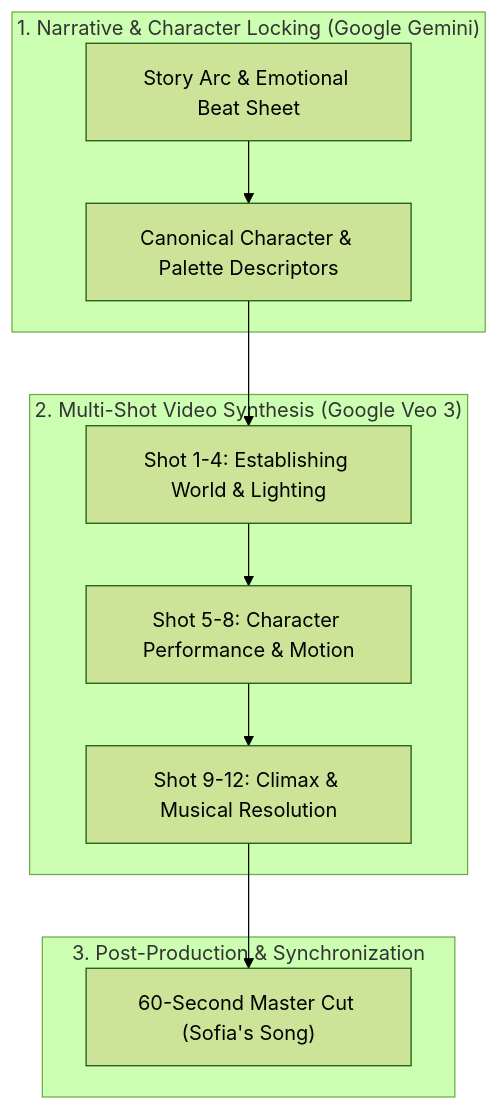
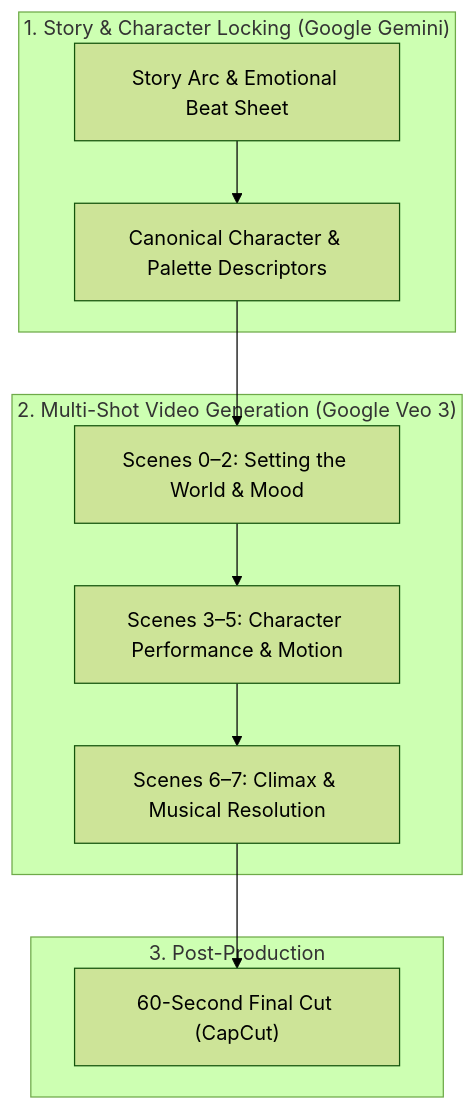
The diagram in README.md (RobinaMirbahar/A-Gemini-Veo-3-Whimsical-Short), drawn with Mermaid (forest theme) before and after one commit. The commit also changed other lines of this file, not shown here.

````diff
--- a/README.md
+++ b/README.md
@@ -28,16 +28,16 @@
 ```mermaid
 flowchart TD
-    subgraph Concept ["1. Narrative & Character Locking (Google Gemini)"]
+    subgraph Concept ["1. Story & Character Locking (Google Gemini)"]
         C_Script["Story Arc & Emotional Beat Sheet"]
         C_Char["Canonical Character & Palette Descriptors"]
     end
-    subgraph Veo ["2. Multi-Shot Video Synthesis (Google Veo 3)"]
-        V_S1["Shot 1-4: Establishing World & Lighting"]
-        V_S2["Shot 5-8: Character Performance & Motion"]
-        V_S3["Shot 9-12: Climax & Musical Resolution"]
+    subgraph Veo ["2. Multi-Shot Video Generation (Google Veo 3)"]
+        V_S1["Scenes 0–2: Setting the World & Mood"]
+        V_S2["Scenes 3–5: Character Performance & Motion"]
+        V_S3["Scenes 6–7: Climax & Musical Resolution"]
     end
-    subgraph Final ["3. Post-Production & Synchronization"]
-        F_Cut["60-Second Master Cut (Sofia's Song)"]
+    subgraph Final ["3. Post-Production"]
+        F_Cut["60-Second Final Cut (CapCut)"]
     end
     C_Script --> C_Char --> V_S1 --> V_S2 --> V_S3 --> F_Cut
 ```
````
